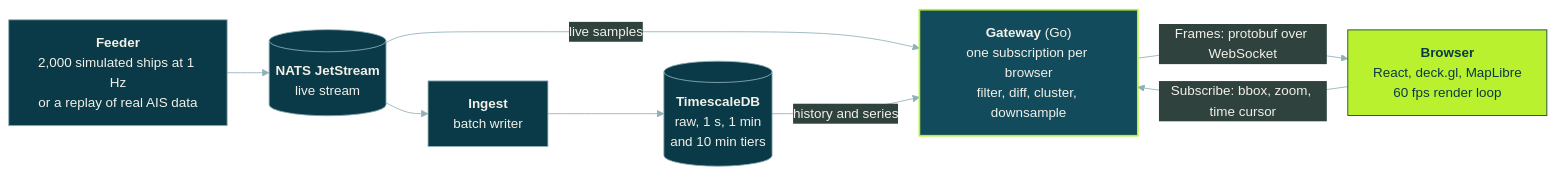
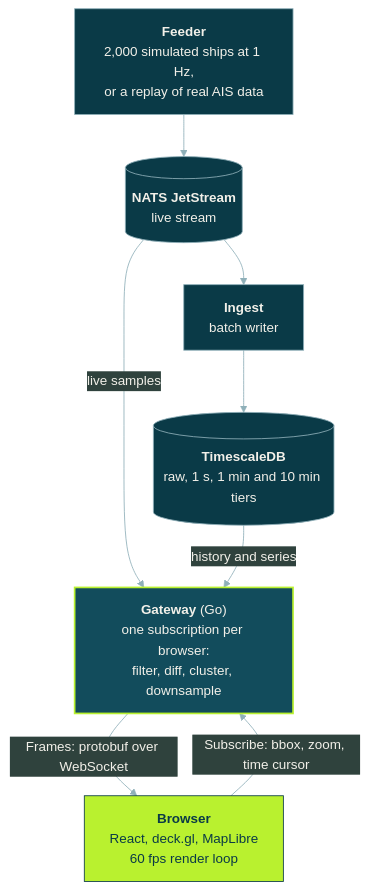
The first of 2 diagrams in README.md (Jenil133/PortLink), drawn with Mermaid before and after one commit. The commit also changed other lines of this file, not shown here.

Commit message:
Stack the architecture diagram so its text is readable
Six boxes in one row shrank to an unreadable size on GitHub. The loop
label in the contract diagram also gets a visible colour.

````diff
--- a/README.md
+++ b/README.md
@@ -83,20 +83,21 @@
 ```mermaid
 %%{init: {'theme':'base','themeVariables':{'primaryColor':'#0A3A47','primaryTextColor':'#F2F0E9','primaryBorderColor':'#8FB0B9','lineColor':'#8FB0B9','secondaryColor':'#2F423D','tertiaryColor':'#062A35','fontFamily':'ui-sans-serif, system-ui'}}}%%
-flowchart LR
-    F["<b>Feeder</b><br/>2,000 simulated ships at 1 Hz<br/>or a replay of real AIS data"]
+flowchart TB
+    F["<b>Feeder</b><br/>2,000 simulated ships at 1 Hz,<br/>or a replay of real AIS data"]
     N[("<b>NATS JetStream</b><br/>live stream")]
     I["<b>Ingest</b><br/>batch writer"]
-    T[("<b>TimescaleDB</b><br/>raw, 1 s, 1 min<br/>and 10 min tiers")]
-    G["<b>Gateway</b> (Go)<br/>one subscription per browser<br/>filter, diff, cluster, downsample"]
+    T[("<b>TimescaleDB</b><br/>raw, 1 s, 1 min and 10 min tiers")]
+    G["<b>Gateway</b> (Go)<br/>one subscription per browser:<br/>filter, diff, cluster, downsample"]
     B["<b>Browser</b><br/>React, deck.gl, MapLibre<br/>60 fps render loop"]
 
     F --> N
-    N --> I --> T
-    N -- live samples --> G
-    T -- history and series --> G
+    N --> I
+    I --> T
+    N -- "live samples" --> G
+    T -- "history and series" --> G
     B -- "Subscribe: bbox, zoom, time cursor" --> G
     G -- "Frames: protobuf over WebSocket" --> B
 
     style B fill:#B9F12F,color:#0A3A47,stroke:#0A3A47
     style G fill:#124C5C,color:#F2F0E9,stroke:#B9F12F,stroke-width:2px
 ```
````
